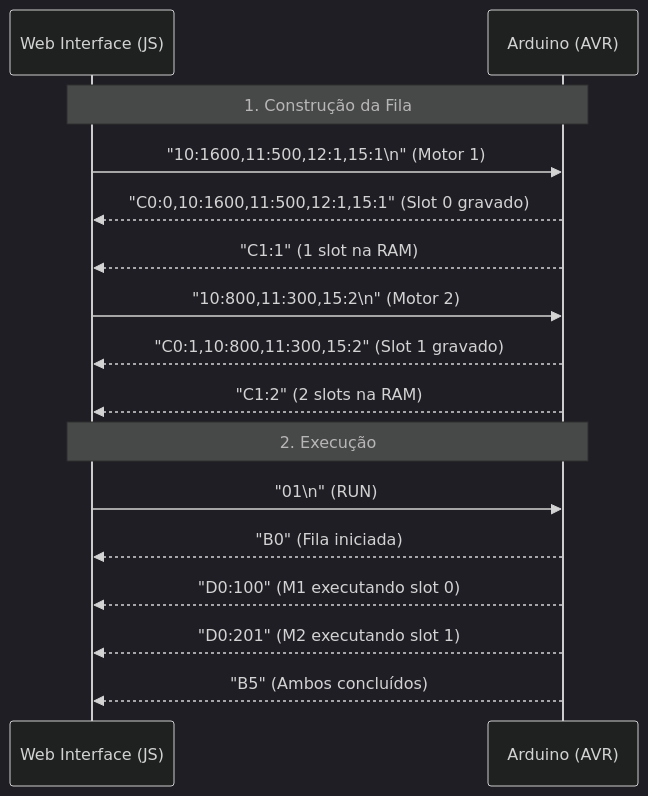
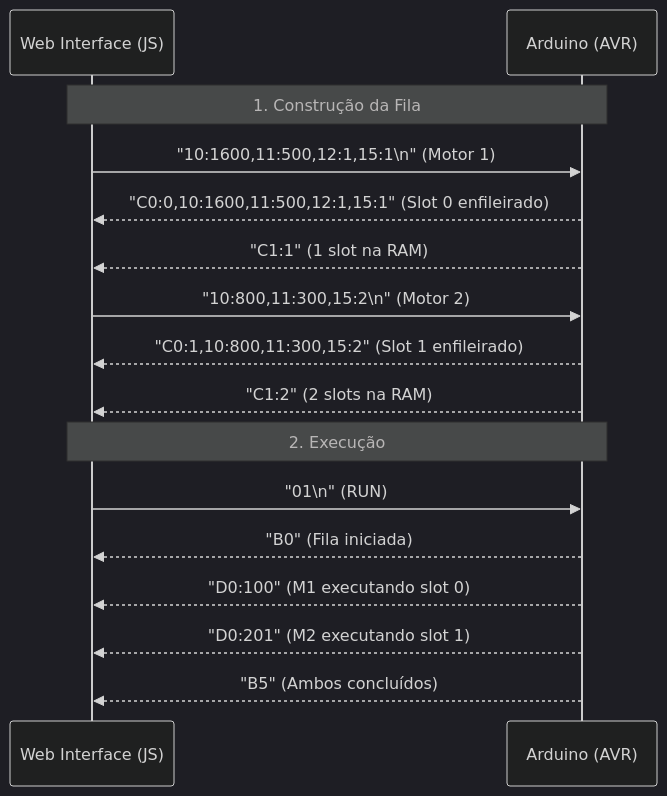
Before and after one commit to samuel-lope/stepper-proof: the first of 2 diagrams in docs/INTEGRATION.md, drawn with Mermaid (dark theme). The commit also changed other lines of this file and 4 other files, not shown here.

````diff
--- a/docs/INTEGRATION.md
+++ b/docs/INTEGRATION.md
@@ -145,21 +166,21 @@
 ```mermaid
 sequenceDiagram
     participant UI as Web Interface (JS)
     participant HW as Arduino (AVR)
 
     Note over UI,HW: 1. Construção da Fila
     UI->>HW: "10:1600,11:500,12:1,15:1\n" (Motor 1)
-    HW-->>UI: "C0:0,10:1600,11:500,12:1,15:1" (Slot 0 gravado)
+    HW-->>UI: "C0:0,10:1600,11:500,12:1,15:1" (Slot 0 enfileirado)
     HW-->>UI: "C1:1" (1 slot na RAM)
 
     UI->>HW: "10:800,11:300,15:2\n" (Motor 2)
-    HW-->>UI: "C0:1,10:800,11:300,15:2" (Slot 1 gravado)
+    HW-->>UI: "C0:1,10:800,11:300,15:2" (Slot 1 enfileirado)
     HW-->>UI: "C1:2" (2 slots na RAM)
 
     Note over UI,HW: 2. Execução
     UI->>HW: "01\n" (RUN)
     HW-->>UI: "B0" (Fila iniciada)
     HW-->>UI: "D0:100" (M1 executando slot 0)
     HW-->>UI: "D0:201" (M2 executando slot 1)
     HW-->>UI: "B5" (Ambos concluídos)
 ```
````
